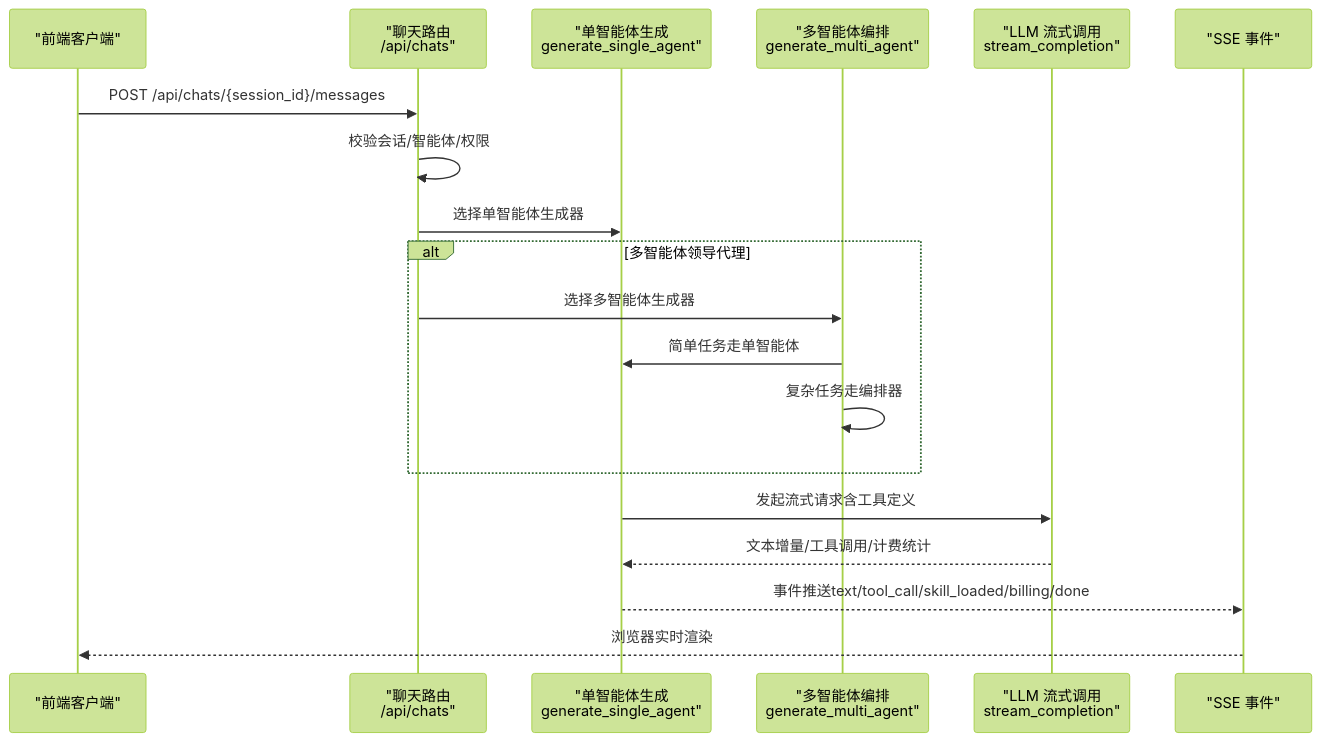
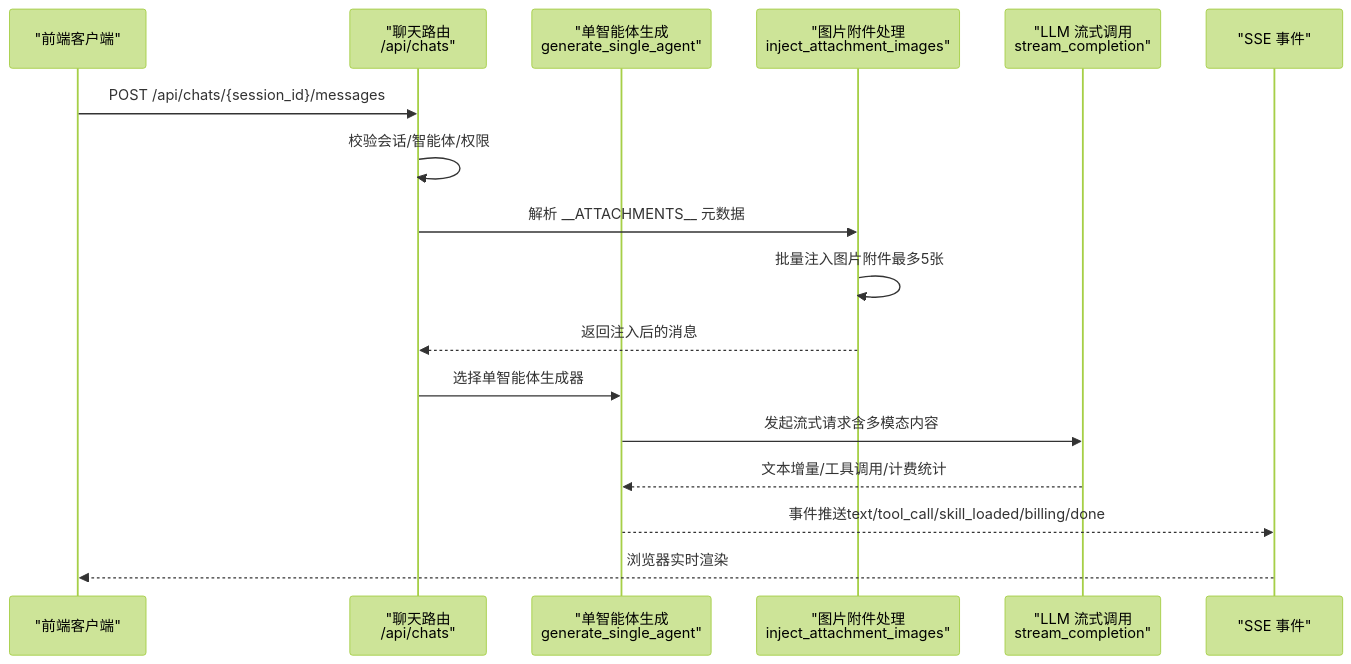
The second of 3 diagrams in .qoder/repowiki/zh/content/API接口文档/聊天对话接口.md (KunLabAI/KunFlix), drawn with Mermaid (forest theme) before and after one commit. The commit also changed other lines of this file and 12 other files, not shown here.

````diff
--- a/.qoder/repowiki/zh/content/API接口文档/聊天对话接口.md
+++ b/.qoder/repowiki/zh/content/API接口文档/聊天对话接口.md
@@ -123,21 +146,19 @@
 ```mermaid
 sequenceDiagram
 participant FE as "前端客户端"
 participant API as "聊天路由<br/>/api/chats"
 participant GEN as "单智能体生成<br/>generate_single_agent"
-participant ORCH as "多智能体编排<br/>generate_multi_agent"
+participant ATTACH as "图片附件处理<br/>inject_attachment_images"
 participant LLM as "LLM 流式调用<br/>stream_completion"
 participant SSE as "SSE 事件"
 FE->>API : POST /api/chats/{session_id}/messages
 API->>API : 校验会话/智能体/权限
+API->>ATTACH : 解析 __ATTACHMENTS__ 元数据
+ATTACH->>ATTACH : 批量注入图片附件最多5张
+ATTACH-->>API : 返回注入后的消息
 API->>GEN : 选择单智能体生成器
-alt 多智能体领导代理
-API->>ORCH : 选择多智能体生成器
-ORCH->>GEN : 简单任务走单智能体
-ORCH->>ORCH : 复杂任务走编排器
-end
-GEN->>LLM : 发起流式请求含工具定义
+GEN->>LLM : 发起流式请求含多模态内容
 LLM-->>GEN : 文本增量/工具调用/计费统计
 GEN-->>SSE : 事件推送text/tool_call/skill_loaded/billing/done
 SSE-->>FE : 浏览器实时渲染
 ```
````
